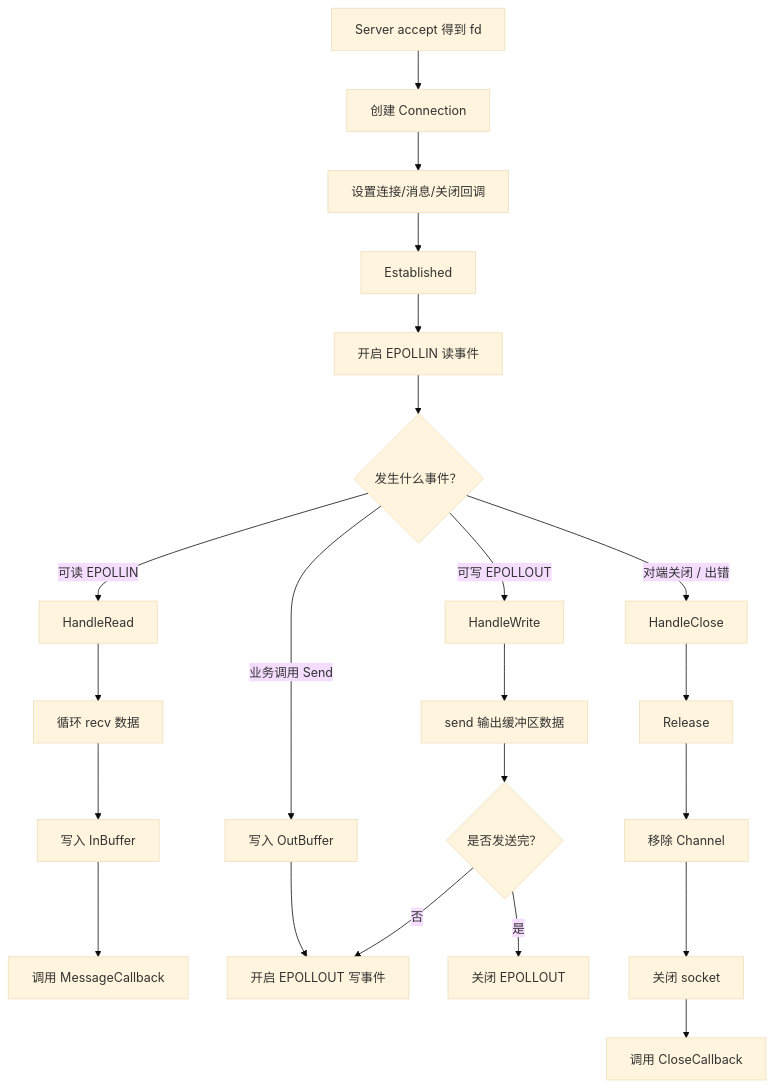
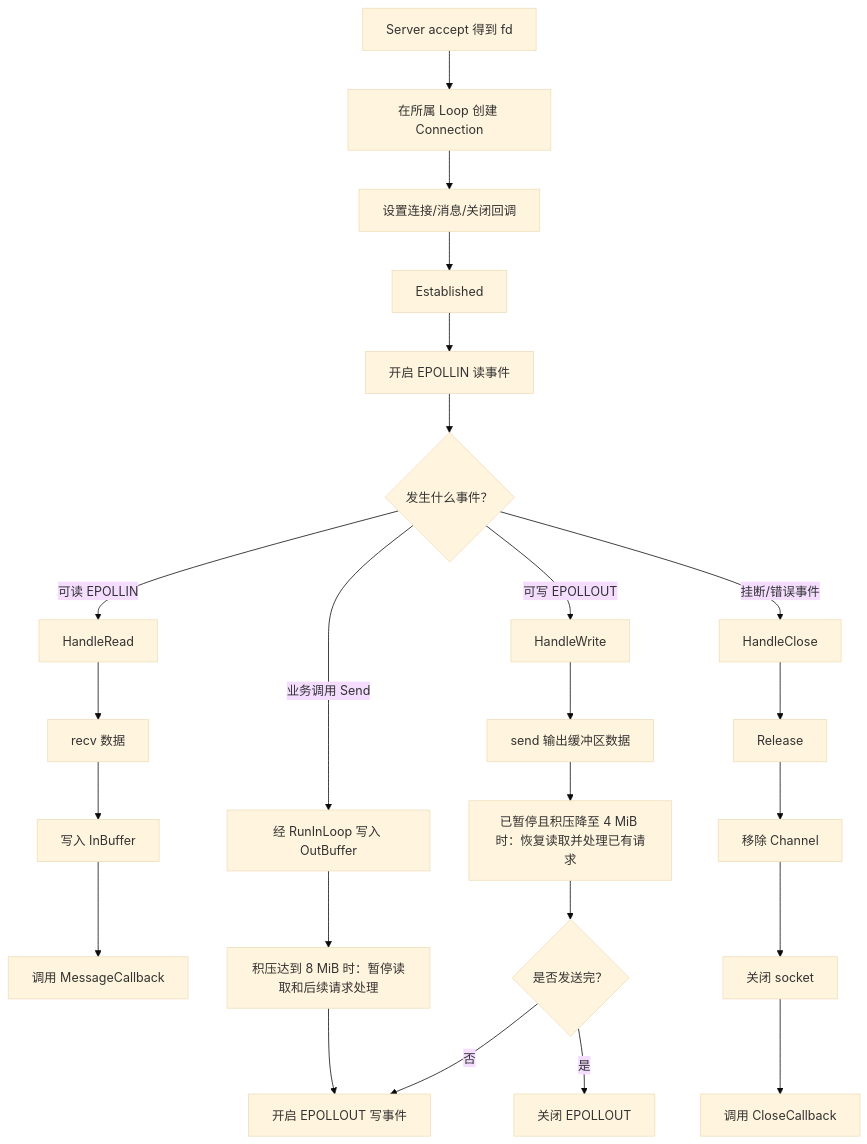
One commit to Dairenwen/muduo-otol-concurrent-server changed the tenth of 16 diagrams in README.md. Above: the diagram before and after it, drawn with Mermaid (base theme). The commit also changed other lines of this file and 12 other files, not shown here.

````diff
--- a/README.md
+++ b/README.md
@@ -1165,27 +1167,26 @@
 ```mermaid
 flowchart TD
-    A[Server accept 得到 fd] --> B[创建 Connection]
+    A[Server accept 得到 fd] --> B[在所属 Loop 创建 Connection]
     B --> C[设置连接/消息/关闭回调]
     C --> D[Established]
     D --> E[开启 EPOLLIN 读事件]
-
     E --> F{发生什么事件？}
     F -->|可读 EPOLLIN| G[HandleRead]
-    G --> H[循环 recv 数据]
+    G --> H[recv 数据]
     H --> I[写入 InBuffer]
     I --> J[调用 MessageCallback]
-
-    F -->|业务调用 Send| K[写入 OutBuffer]
-    K --> L[开启 EPOLLOUT 写事件]
+    F -->|业务调用 Send| K[经 RunInLoop 写入 OutBuffer]
+    K --> X[积压达到 8 MiB 时：暂停读取和后续请求处理]
+    X --> L[开启 EPOLLOUT 写事件]
     F -->|可写 EPOLLOUT| M[HandleWrite]
     M --> N[send 输出缓冲区数据]
-    N --> O{是否发送完？}
+    N --> Y[已暂停且积压降至 4 MiB 时：恢复读取并处理已有请求]
+    Y --> O{是否发送完？}
     O -->|否| L
     O -->|是| P[关闭 EPOLLOUT]
-
-    F -->|对端关闭 / 出错| Q[HandleClose]
+    F -->|挂断/错误事件| Q[HandleClose]
     Q --> R[Release]
     R --> S[移除 Channel]
     S --> T[关闭 socket]
     T --> U[调用 CloseCallback]
 ```
````
